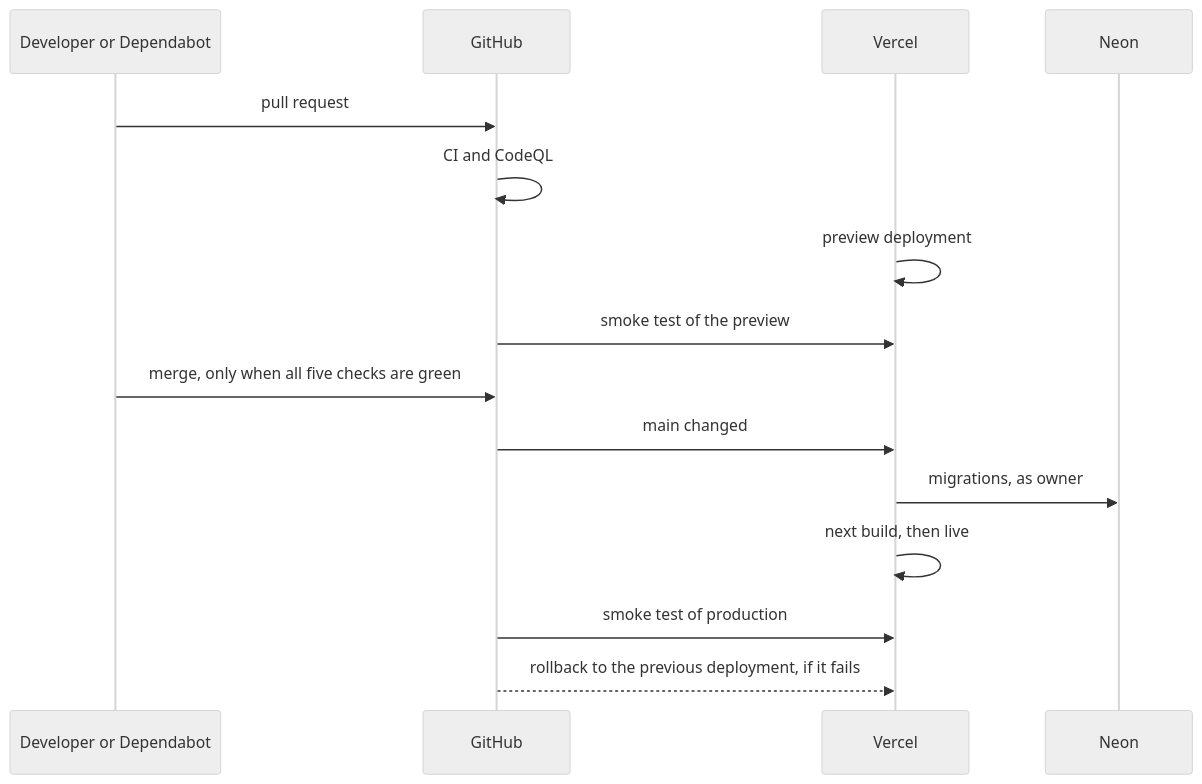
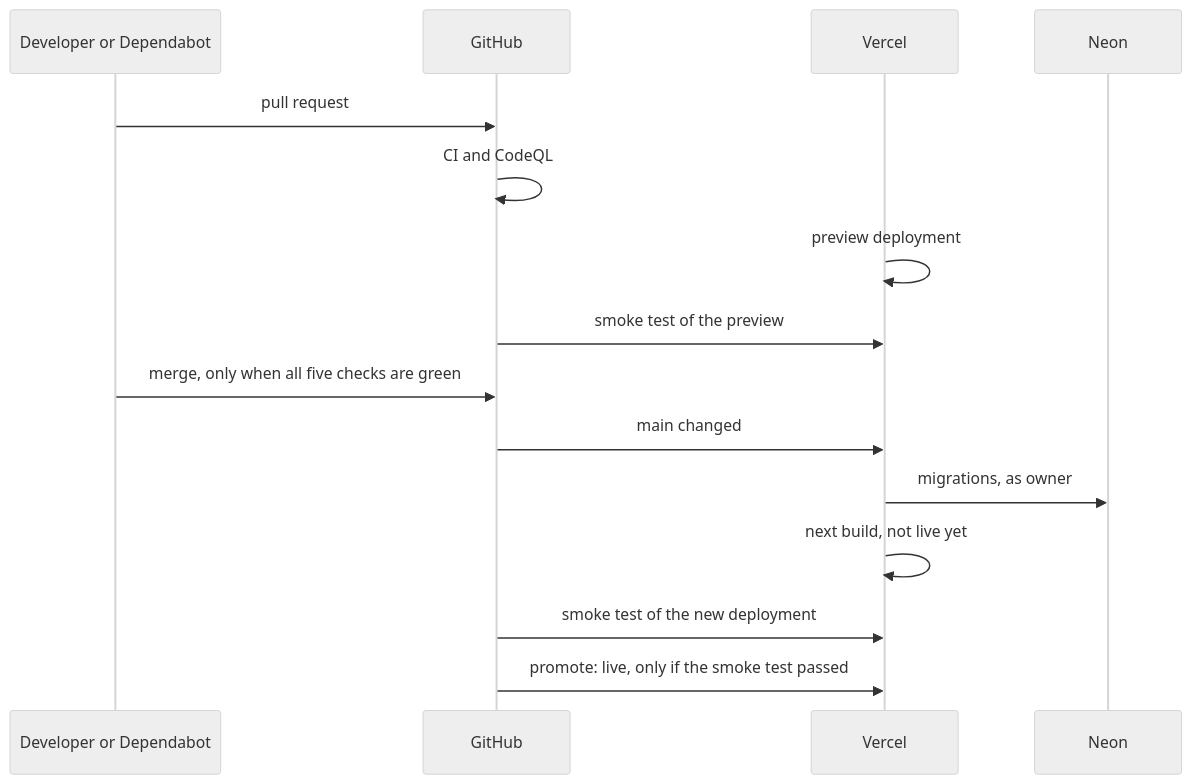
One commit to tomdevtech/ExoFinder changed the fourth of 13 diagrams in docs/ARCHITECTURE.md. Above: the diagram before and after it, drawn with Mermaid (neutral theme). The commit also changed other lines of this file and 123 other files, not shown here.

````diff
--- a/docs/ARCHITECTURE.md
+++ b/docs/ARCHITECTURE.md
@@ -139,18 +139,18 @@
 ```mermaid
 sequenceDiagram
     participant Dev as Developer or Dependabot
     participant GH as GitHub
     participant V as Vercel
     participant DB as Neon
 
     Dev->>GH: pull request
     GH->>GH: CI and CodeQL
     V->>V: preview deployment
     GH->>V: smoke test of the preview
     Dev->>GH: merge, only when all five checks are green
     GH->>V: main changed
     V->>DB: migrations, as owner
-    V->>V: next build, then live
-    GH->>V: smoke test of production
-    GH-->>V: rollback to the previous deployment, if it fails
+    V->>V: next build, not live yet
+    GH->>V: smoke test of the new deployment
+    GH->>V: promote: live, only if the smoke test passed
 ```
````
